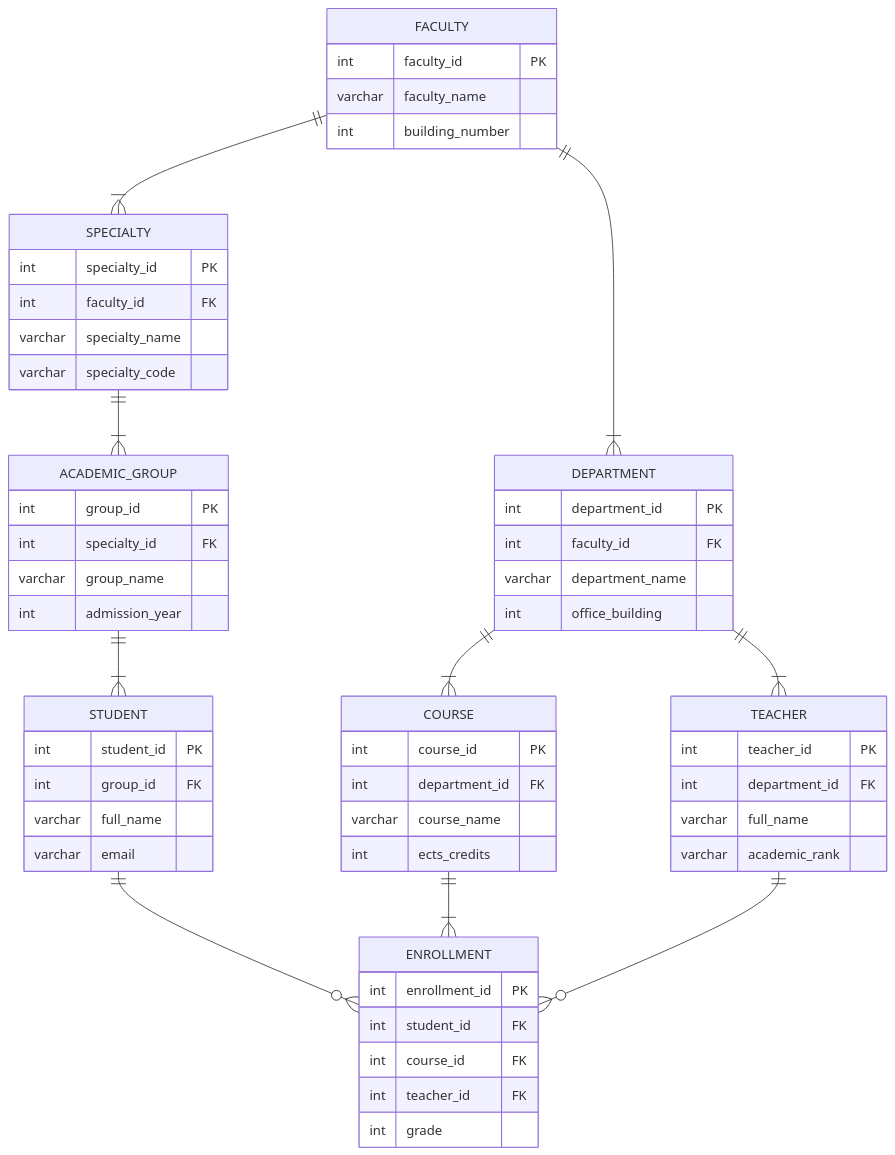
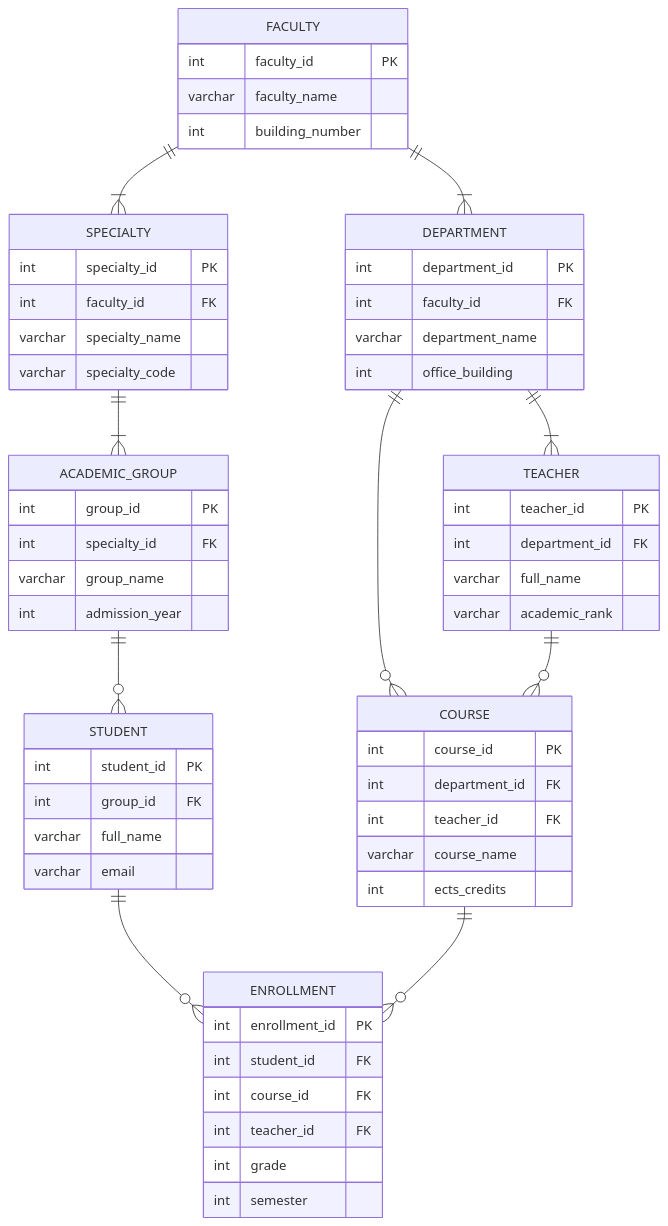
Before and after one commit to ZheniaTrochun/db-intro-course: the diagram in labs/1 - ER Diagram/README.md, drawn with Mermaid. The commit also changed other lines of this file, not shown here.

Commit message:
Add teacher ID FK and update ER diagram
Added foreign key for teacher ID in the course and enrollment entities, and updated relationships in the ER diagram.

````diff
--- a/labs/1 - ER Diagram/README.md
+++ b/labs/1 - ER Diagram/README.md
@@ -88,68 +89,70 @@
 ```mermaid
 erDiagram
     FACULTY ||--|{ DEPARTMENT : ""
     FACULTY ||--|{ SPECIALTY : ""
     SPECIALTY ||--|{ ACADEMIC_GROUP : ""
-    ACADEMIC_GROUP ||--|{ STUDENT : ""
+    ACADEMIC_GROUP ||--o{ STUDENT : ""
     DEPARTMENT ||--|{ TEACHER : ""
-    DEPARTMENT ||--|{ COURSE : ""
+    DEPARTMENT ||--o{ COURSE : ""
     STUDENT ||--o{ ENROLLMENT : ""
-    COURSE ||--|{ ENROLLMENT : ""
-    TEACHER ||--o{ ENROLLMENT : ""
+    COURSE ||--o{ ENROLLMENT : ""
+    TEACHER ||--o{ COURSE : ""
 
     FACULTY {
         int faculty_id PK
         varchar faculty_name
         int building_number
     }
 
     DEPARTMENT {
         int department_id PK
         int faculty_id FK
         varchar department_name
         int office_building
     }
 
     SPECIALTY {
         int specialty_id PK
         int faculty_id FK
         varchar specialty_name
         varchar specialty_code
     }
 
     ACADEMIC_GROUP {
         int group_id PK
         int specialty_id FK
         varchar group_name
         int admission_year
     }
 
     STUDENT {
         int student_id PK
         int group_id FK
         varchar full_name
         varchar email
     }
 
     TEACHER {
         int teacher_id PK
         int department_id FK
         varchar full_name
         varchar academic_rank
     }
 
     COURSE {
         int course_id PK
         int department_id FK
+        int teacher_id FK
         varchar course_name
         int ects_credits
     }
 
     ENROLLMENT {
         int enrollment_id PK
         int student_id FK
         int course_id FK
         int teacher_id FK
         int grade
+        int semester
     }
 ```
````
